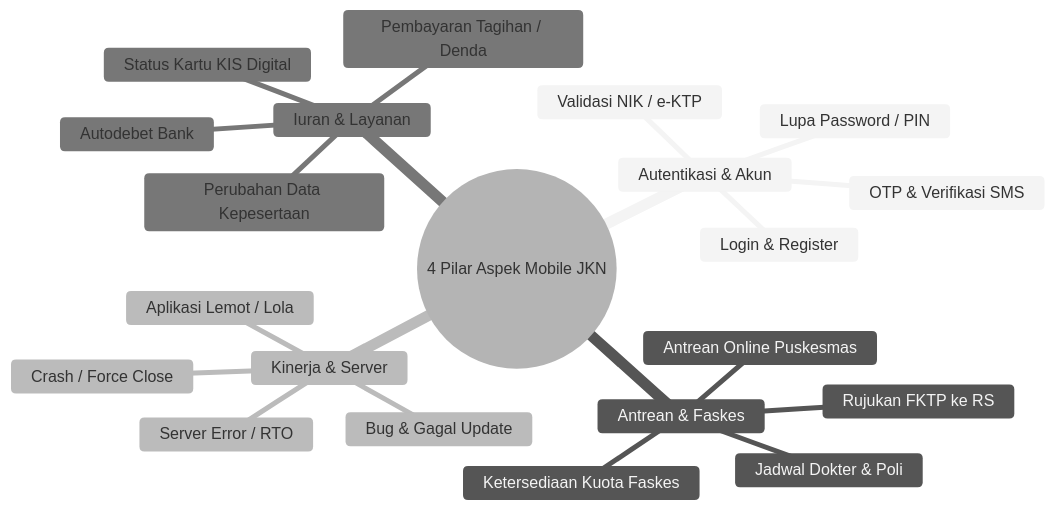
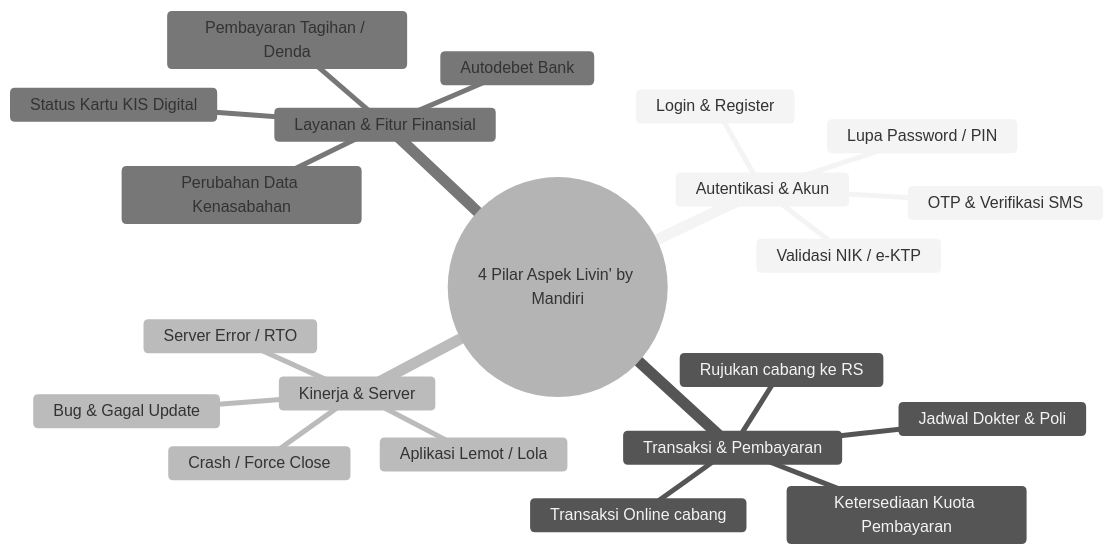
The second of 7 diagrams in docs/01_metodologi_crisp_dm.md (presidendjakarta/Binus-s2-Business-Intelligence-and-Analytics-TK), drawn with Mermaid (neutral theme) before and after one commit. The commit also changed other lines of this file and 57 other files, not shown here.

````diff
--- a/docs/01_metodologi_crisp_dm.md
+++ b/docs/01_metodologi_crisp_dm.md
@@ -67,24 +67,24 @@
 ```mermaid
 mindmap
-  root((4 Pilar Aspek Mobile JKN))
+  root((4 Pilar Aspek Livin' by Mandiri))
     Autentikasi & Akun
       Login & Register
       OTP & Verifikasi SMS
       Lupa Password / PIN
       Validasi NIK / e-KTP
-    Antrean & Faskes
-      Antrean Online Puskesmas
-      Rujukan FKTP ke RS
+    Transaksi & Pembayaran
+      Transaksi Online cabang
+      Rujukan cabang ke RS
       Jadwal Dokter & Poli
-      Ketersediaan Kuota Faskes
+      Ketersediaan Kuota Pembayaran
     Kinerja & Server
       Aplikasi Lemot / Lola
       Server Error / RTO
       Crash / Force Close
       Bug & Gagal Update
-    Iuran & Layanan
+    Layanan & Fitur Finansial
       Autodebet Bank
       Pembayaran Tagihan / Denda
-      Perubahan Data Kepesertaan
+      Perubahan Data Kenasabahan
       Status Kartu KIS Digital
 ```
````
